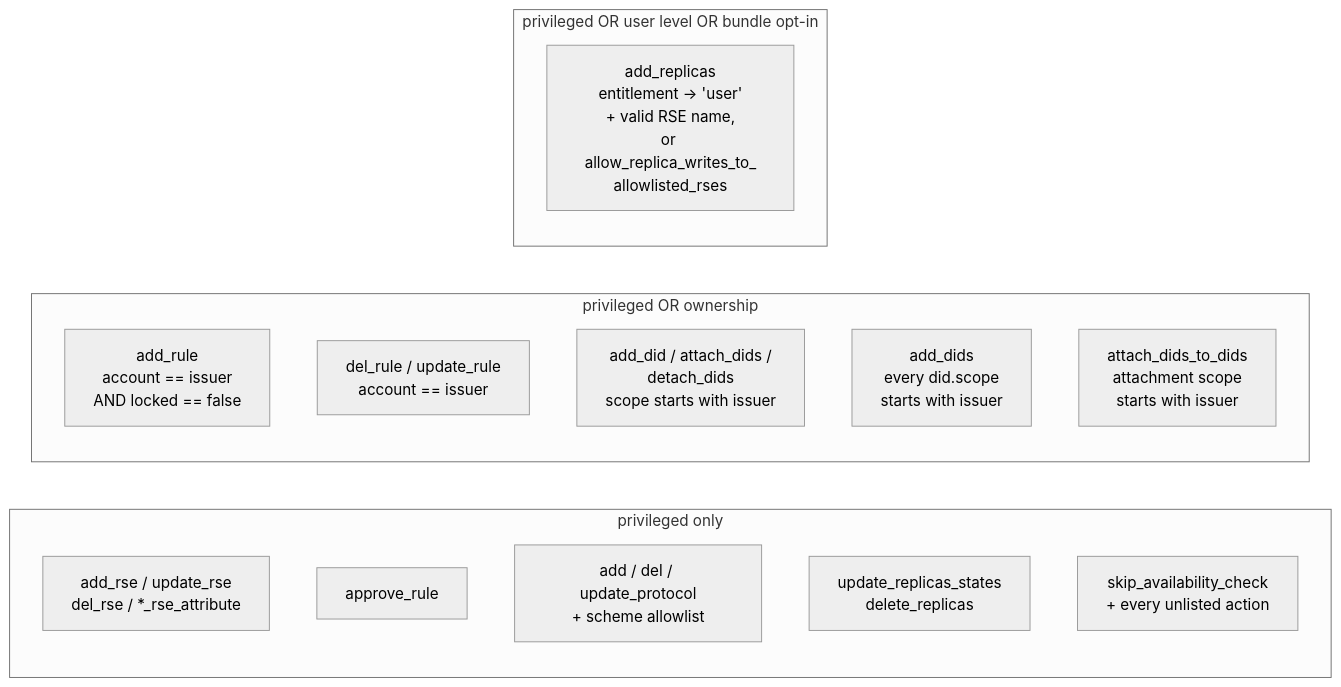
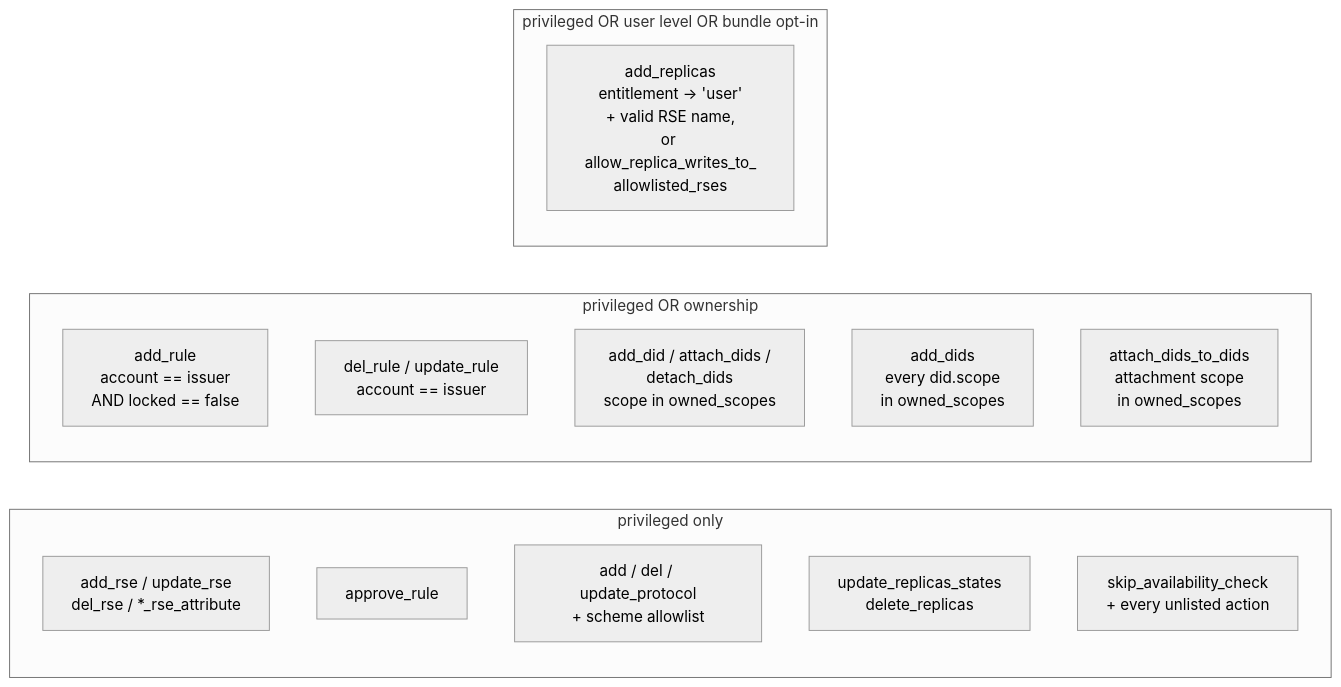
Before and after one commit to mgajek-cern/opa-policy-package: the fifth of 5 diagrams in docs/authz-flow-diagrams.md, drawn with Mermaid (neutral theme). The commit also changed other lines of this file and 24 other files, not shown here.

````diff
--- a/docs/authz-flow-diagrams.md
+++ b/docs/authz-flow-diagrams.md
@@ -101,22 +101,22 @@
 ```mermaid
 flowchart LR
     subgraph ADMIN["privileged only"]
         A1["add_rse / update_rse<br/>del_rse / *_rse_attribute"]
         A2["approve_rule"]
         A3["add / del / update_protocol<br/>+ scheme allowlist"]
         A4["update_replicas_states<br/>delete_replicas"]
         A5["skip_availability_check<br/>+ every unlisted action"]
     end
 
     subgraph SELF["privileged OR ownership"]
         B1["add_rule<br/>account == issuer<br/>AND locked == false"]
         B2["del_rule / update_rule<br/>account == issuer"]
-        B3["add_did / attach_dids /<br/>detach_dids<br/>scope starts with issuer"]
-        B4["add_dids<br/>every did.scope<br/>starts with issuer"]
-        B5["attach_dids_to_dids<br/>attachment scope<br/>starts with issuer"]
+        B3["add_did / attach_dids /<br/>detach_dids<br/>scope in owned_scopes"]
+        B4["add_dids<br/>every did.scope<br/>in owned_scopes"]
+        B5["attach_dids_to_dids<br/>attachment scope<br/>in owned_scopes"]
     end
 
     subgraph LEVEL["privileged OR user level OR bundle opt-in"]
         C1["add_replicas<br/>entitlement → 'user'<br/>+ valid RSE name,<br/>or allow_replica_writes_to_<br/>allowlisted_rses"]
     end
 ```
````
